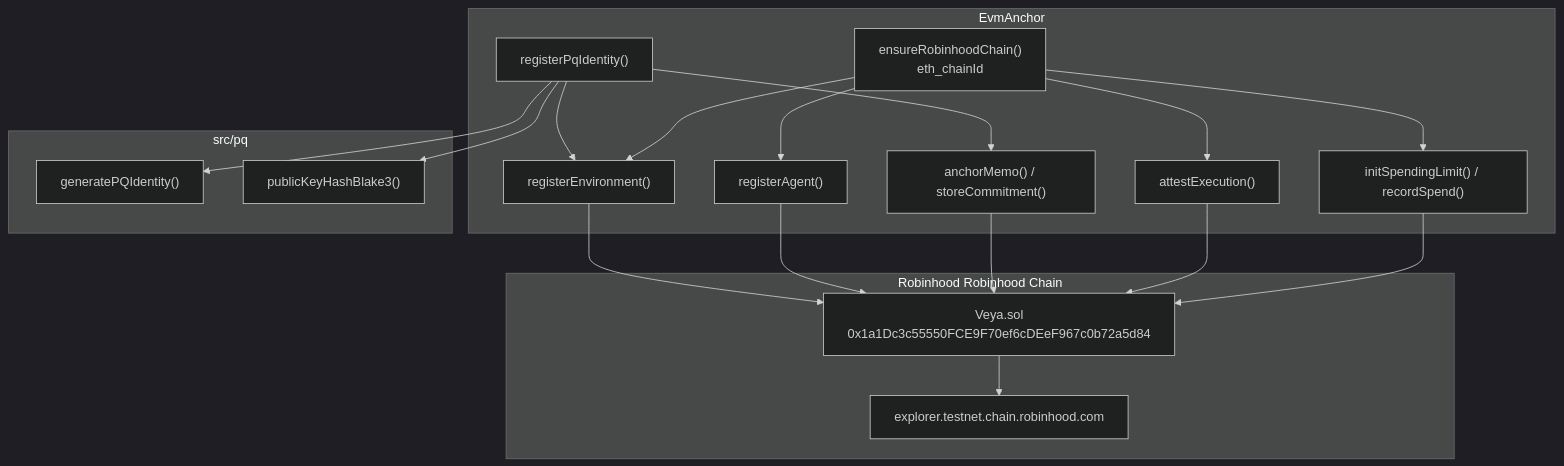
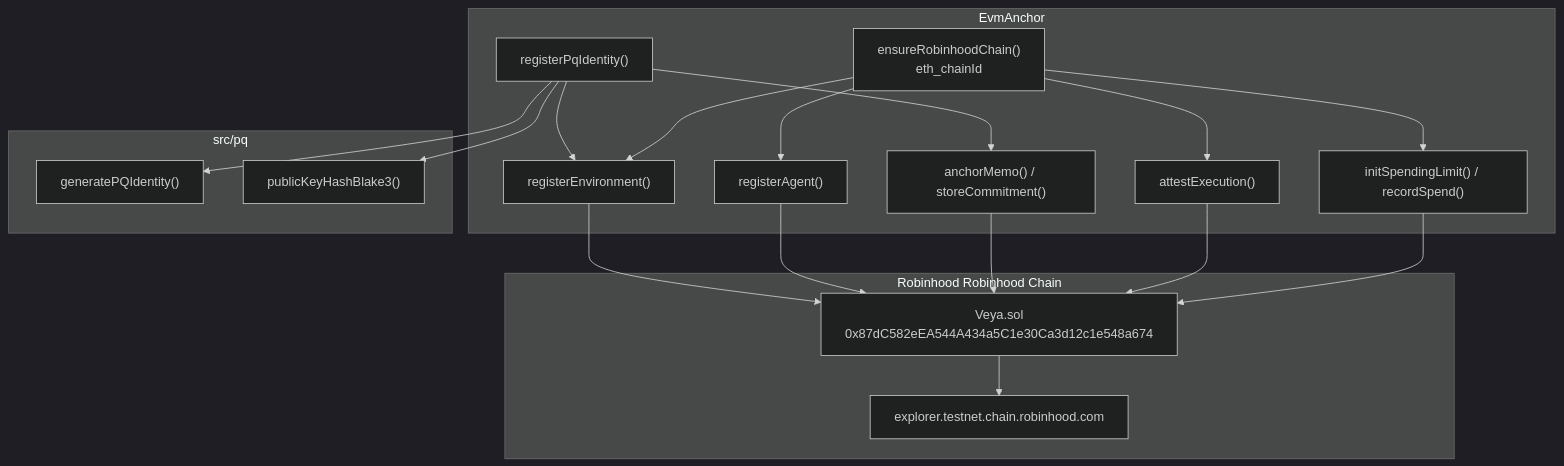
The first of 2 diagrams in docs/sdk/evm-anchoring.md (veyanet/veya-sdk), drawn with Mermaid (dark theme) before and after one commit. The commit also changed other lines of this file, not shown here.

````diff
--- a/docs/sdk/evm-anchoring.md
+++ b/docs/sdk/evm-anchoring.md
@@ -79,37 +79,37 @@
 ```mermaid
 flowchart TB
     subgraph SDK["EvmAnchor"]
         GATE["ensureRobinhoodChain()\neth_chainId"]
         RE["registerEnvironment()"]
         RA["registerAgent()"]
         AM["anchorMemo() / storeCommitment()"]
         RPI["registerPqIdentity()"]
         AE["attestExecution()"]
         SP["initSpendingLimit() / recordSpend()"]
     end
 
     subgraph PQ["src/pq"]
         KG["generatePQIdentity()"]
         H3["publicKeyHashBlake3()"]
     end
 
     subgraph Chain["Robinhood Robinhood Chain"]
-        VEYA["Veya.sol\n0x1a1Dc3c55550FCE9F70ef6cDEeF967c0b72a5d84"]
+        VEYA["Veya.sol\n0x87dC582eEA544A434a5C1e30Ca3d12c1e548a674"]
         EXP["explorer.testnet.chain.robinhood.com"]
     end
 
     RPI --> KG
     RPI --> H3
     RPI --> RE
     RPI --> AM
     GATE --> RE
     GATE --> RA
     GATE --> AE
     GATE --> SP
     RE --> VEYA
     RA --> VEYA
     AM --> VEYA
     AE --> VEYA
     SP --> VEYA
     VEYA --> EXP
 ```
````
